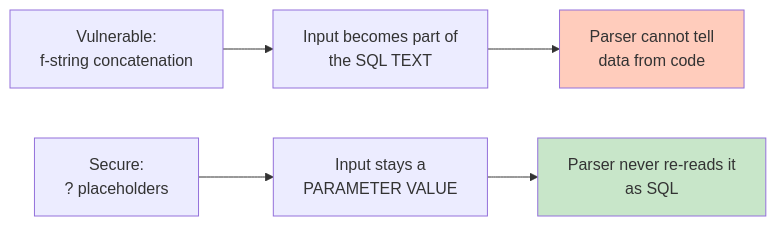
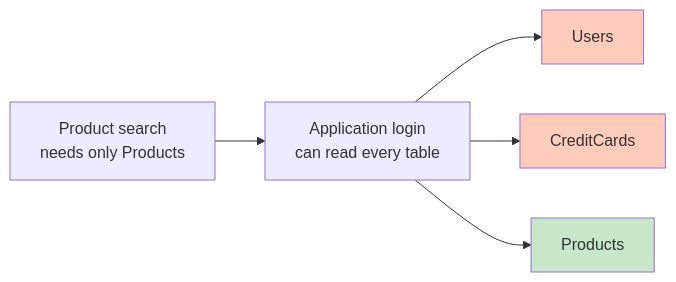
One commit to tjovic/database-design-labs-public changed the third of 3 diagrams in demos/cyber-lab/lab.md. Above: the diagram before and after it, drawn with Mermaid. The commit also changed other lines of this file and 14 other files, not shown here.

````diff
--- a/demos/cyber-lab/lab.md
+++ b/demos/cyber-lab/lab.md
@@ -197,9 +229,10 @@
 ```mermaid
 flowchart LR
-    A["Vulnerable:<br/>f-string concatenation"] --> B["Input becomes part of<br/>the SQL TEXT"]
-    B --> C["Parser cannot tell<br/>data from code"]
-    D["Secure:<br/>? placeholders"] --> E["Input stays a<br/>PARAMETER VALUE"]
-    E --> F["Parser never re-reads it<br/>as SQL"]
+    A["Product search<br/>needs only Products"] --> B["Application login<br/>can read every table"]
+    B --> C["Users"]
+    B --> D["CreditCards"]
+    B --> E["Products"]
     style C fill:#ffccbc
-    style F fill:#c8e6c9
+    style D fill:#ffccbc
+    style E fill:#c8e6c9
 ```
````
